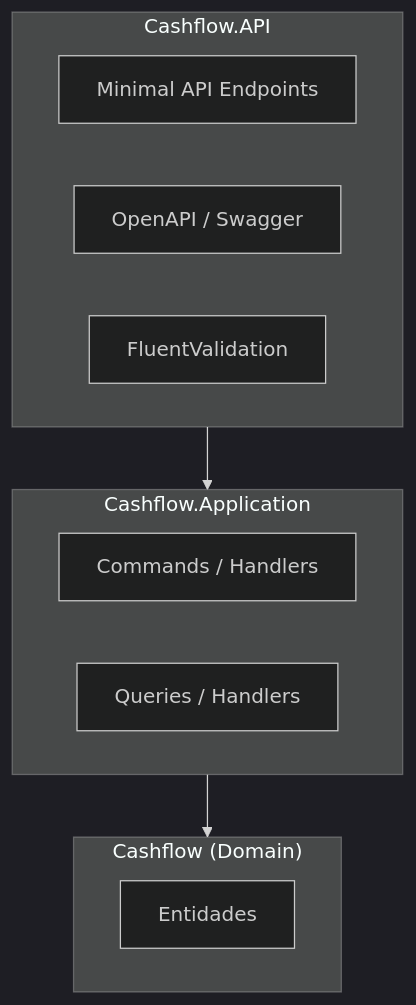
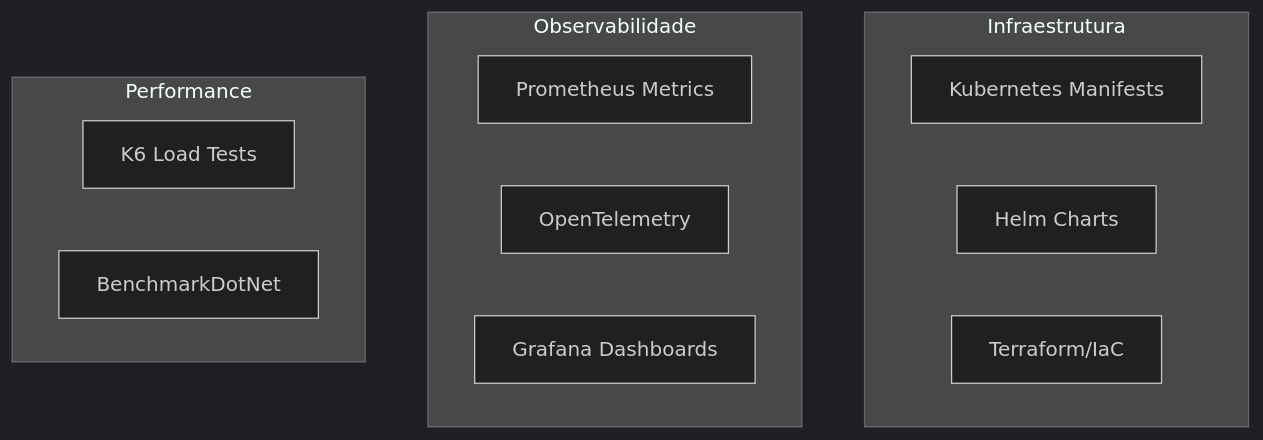
The third of 5 diagrams in docs/ROADMAP.md (nelson1987/desafio-cashflow), drawn with Mermaid (dark theme) before and after one commit. The commit also changed other lines of this file and 3 other files, not shown here.

````diff
--- a/docs/ROADMAP.md
+++ b/docs/ROADMAP.md
@@ -94,20 +111,19 @@
 ```mermaid
 flowchart TB
-    subgraph API["Cashflow.API"]
-        Endpoints["Minimal API Endpoints"]
-        Swagger["OpenAPI / Swagger"]
-        Validation["FluentValidation"]
+    subgraph Deploy["Infraestrutura"]
+        K8s["Kubernetes Manifests"]
+        Helm["Helm Charts"]
+        Terraform["Terraform/IaC"]
     end
     
-    subgraph Application["Cashflow.Application"]
-        Commands["Commands / Handlers"]
-        Queries["Queries / Handlers"]
+    subgraph Observability["Observabilidade"]
+        Metrics["Prometheus Metrics"]
+        Traces["OpenTelemetry"]
+        Dashboard["Grafana Dashboards"]
     end
     
-    subgraph Domain["Cashflow (Domain)"]
-        Entities["Entidades"]
+    subgraph Performance["Performance"]
+        K6["K6 Load Tests"]
+        Benchmark["BenchmarkDotNet"]
     end
-    
-    API --> Application
-    Application --> Domain
 ```
````
